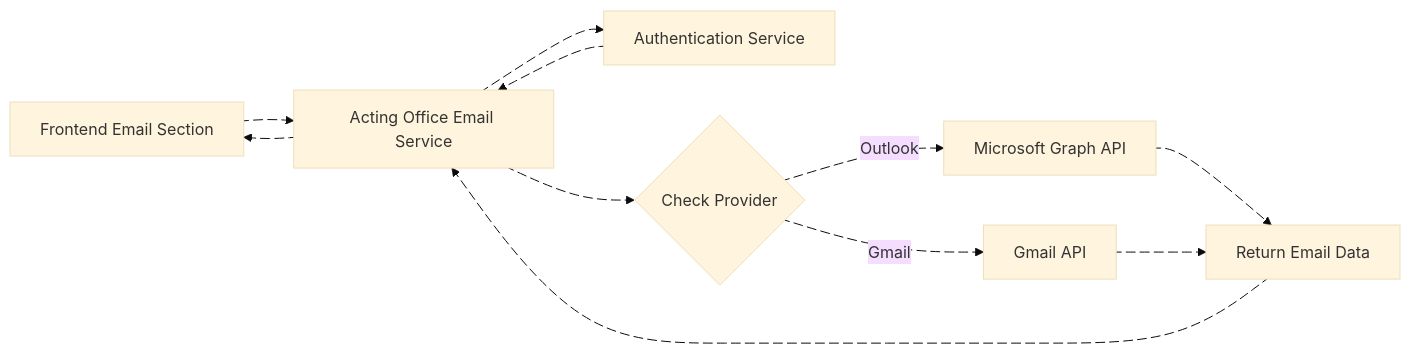
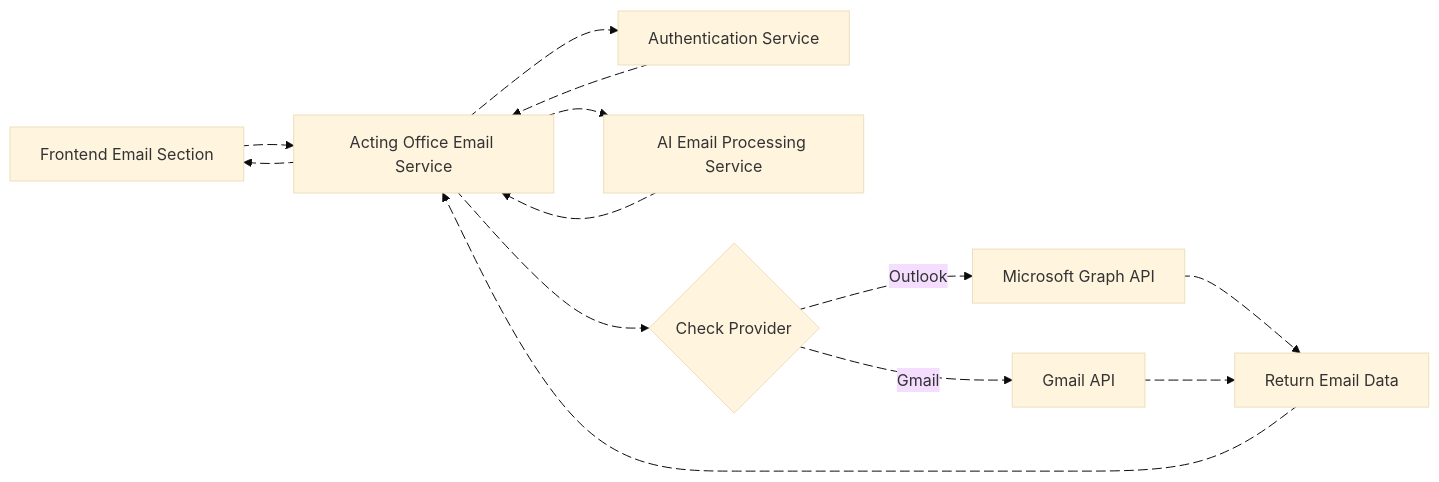
Before and after one commit to Harshita-capsitech/EmailDocs: the second of 12 diagrams in overAll.md, drawn with Mermaid (base theme). The commit also changed other lines of this file, not shown here.

````diff
--- a/overAll.md
+++ b/overAll.md
@@ -131,52 +145,61 @@
 ```mermaid
 graph LR
 
     %% External / UI
     FE[Frontend Email Section]
 
     %% Core Services
     ES[Acting Office Email Service]
     AS[Authentication Service]
+
+    %% AI Layer
+    AI[AI Email Processing Service]
 
     %% Decision
     C{Check Provider}
 
     %% Providers
     MS[Microsoft Graph API]
     GM[Gmail API]
 
     %% Result
     R[Return Email Data]
 
     %% Flow
     FE edge1@--> ES
 
-    %% Auth flow (same pattern as reference)
+    %% Auth flow
     ES edge2@--> AS
     AS edge3@--> ES
+
+    %% AI processing
+    ES edge11@--> AI
+    AI edge12@--> ES
 
     %% Provider decision
     ES edge4@--> C
     C edge5@-->|Outlook| MS
     C edge6@-->|Gmail| GM
 
     MS edge7@--> R
     GM edge8@--> R
 
     R edge9@--> ES
     ES edge10@--> FE
 
     %% Animations
     edge1@{ animate: fast }
     edge2@{ animate: fast }
     edge3@{ animate: fast }
     edge4@{ animate: fast }
     edge5@{ animate: fast }
     edge6@{ animate: fast }
     edge7@{ animate: fast }
     edge8@{ animate: fast }
     edge9@{ animate: fast }
     edge10@{ animate: fast }
+    edge11@{ animate: fast }
+    edge12@{ animate: fast }
 
 
 ```
````
